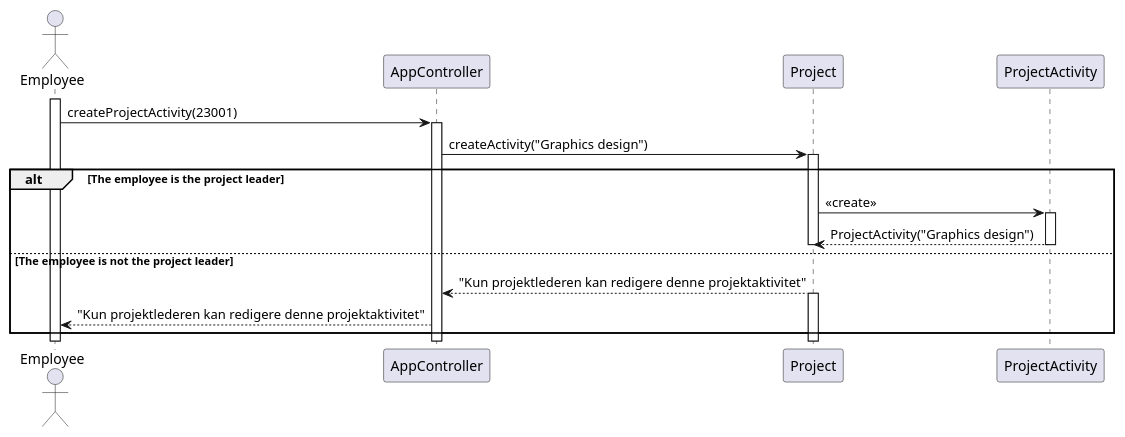
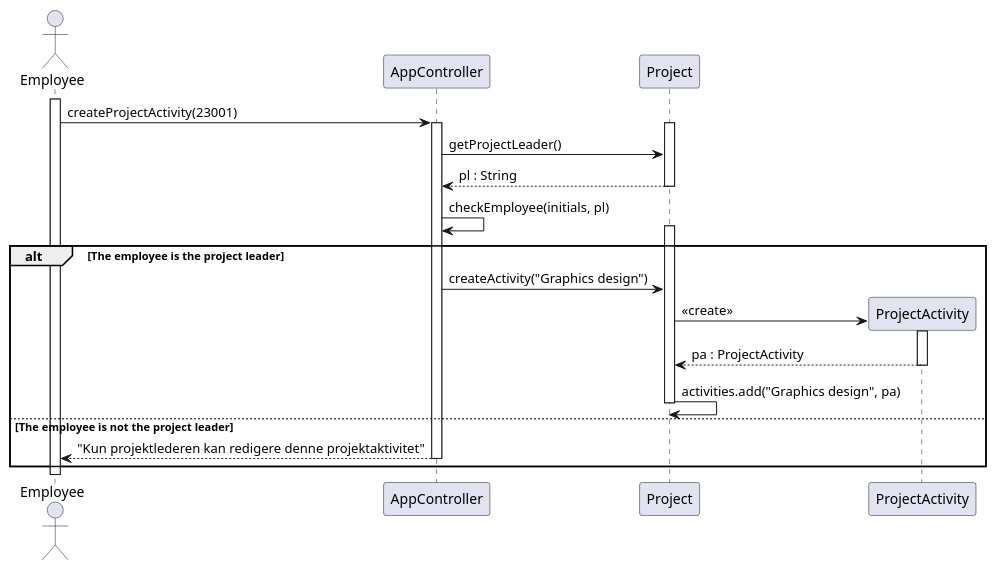
One commit to rwiuff/02161ExamProject changed the diagram in RequirementsAndDesign/SequenceDiagrams/seq_create_activity_PL.puml. Above: the diagram before and after it, drawn with PlantUML. The commit also changed 20 other files, not shown here.

```diff
--- a/RequirementsAndDesign/SequenceDiagrams/seq_create_activity_PL.puml
+++ b/RequirementsAndDesign/SequenceDiagrams/seq_create_activity_PL.puml
@@ -1,23 +1,28 @@
 @startuml createActivityPL
 actor "Employee" as emp
 participant AppController as app
 participant Project as p
 participant ProjectActivity as pa
 
 activate emp
 emp -> app : createProjectActivity(23001)
 activate app
+activate p
+app -> p : getProjectLeader()
+p --> app : pl : String
+deactivate p
+app -> app : checkEmployee(initials, pl)
+alt The employee is the project leader
+activate p
 app -> p : createActivity("Graphics design")
-activate p
-alt The employee is the project leader
-p -> pa : <<create>>
+p -> pa** : <<create>>
 activate pa
-pa --> p : ProjectActivity("Graphics design")
+pa --> p : pa : ProjectActivity
 deactivate pa
+p -> p : activities.add("Graphics design", pa)
 deactivate p
 else The employee is not the project leader
-p --> app : "Kun projektlederen kan redigere denne projektaktivitet"
-activate p
 app --> emp : "Kun projektlederen kan redigere denne projektaktivitet"
+deactivate app
 end
 @enduml
```
